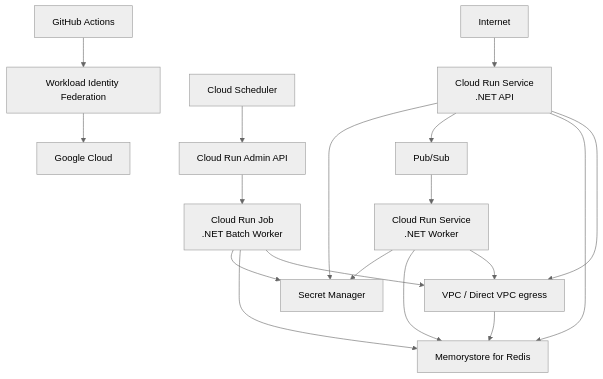
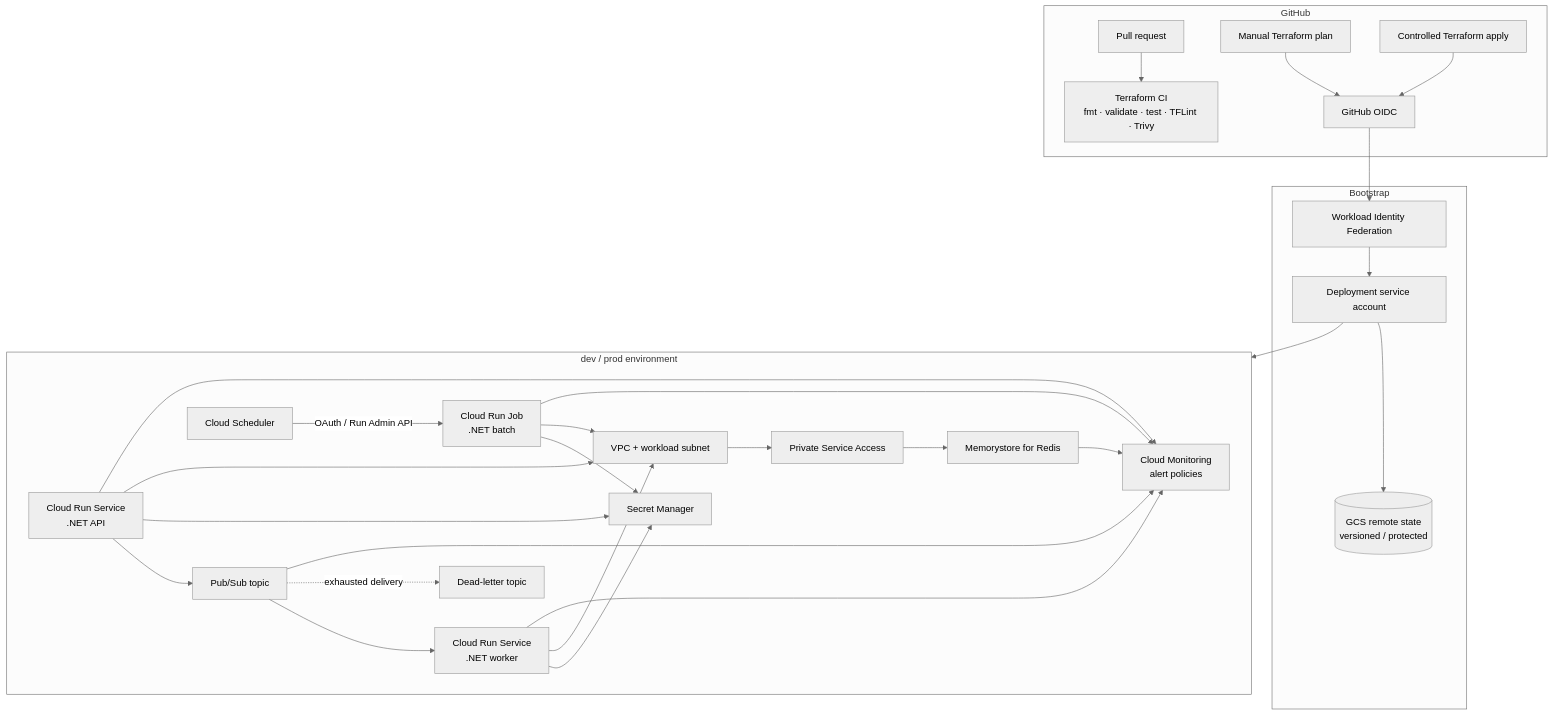
One commit to rodri-oliveira-dev/terraform-gcp-dotnet-blueprint changed the diagram in README.md. Above: the diagram before and after it, drawn with Mermaid (neutral theme). The commit also changed other lines of this file and 8 other files, not shown here.

````diff
--- a/README.md
+++ b/README.md
@@ -26,24 +29,56 @@
 ```mermaid
-flowchart TD
-    Internet[Internet] --> API[Cloud Run Service\n.NET API]
-    API --> Secrets[Secret Manager]
-    API --> PubSub[Pub/Sub]
-    API --> Redis[Memorystore for Redis]
+flowchart TB
+    subgraph GitHub[GitHub]
+        PR[Pull request]
+        CI[Terraform CI\nfmt · validate · test · TFLint · Trivy]
+        PLAN[Manual Terraform plan]
+        APPLY[Controlled Terraform apply]
+        OIDC[GitHub OIDC]
+    end
 
-    PubSub --> Worker[Cloud Run Service\n.NET Worker]
-    Worker --> Secrets
-    Worker --> Redis
+    subgraph Bootstrap[Bootstrap]
+        STATE[(GCS remote state\nversioned / protected)]
+        WIF[Workload Identity Federation]
+        DEPLOYER[Deployment service account]
+    end
 
-    Scheduler[Cloud Scheduler] --> JobAPI[Cloud Run Admin API]
-    JobAPI --> Batch[Cloud Run Job\n.NET Batch Worker]
-    Batch --> Secrets
-    Batch --> Redis
+    subgraph Environment[dev / prod environment]
+        API[Cloud Run Service\n.NET API]
+        TOPIC[Pub/Sub topic]
+        WORKER[Cloud Run Service\n.NET worker]
+        DLQ[Dead-letter topic]
+        SCHED[Cloud Scheduler]
+        JOB[Cloud Run Job\n.NET batch]
+        SECRETS[Secret Manager]
+        VPC[VPC + workload subnet]
+        PSA[Private Service Access]
+        REDIS[Memorystore for Redis]
+        MON[Cloud Monitoring\nalert policies]
+    end
 
-    API --> VPC[VPC / Direct VPC egress]
-    Worker --> VPC
-    Batch --> VPC
-    VPC --> Redis
+    PR --> CI
+    PLAN --> OIDC
+    APPLY --> OIDC
+    OIDC --> WIF --> DEPLOYER
+    DEPLOYER --> STATE
+    DEPLOYER --> Environment
 
-    GitHub[GitHub Actions] --> WIF[Workload Identity Federation]
-    WIF --> GCP[Google Cloud]
+    API --> TOPIC --> WORKER
+    TOPIC -. exhausted delivery .-> DLQ
+    SCHED -->|OAuth / Run Admin API| JOB
+
+    API --> SECRETS
+    WORKER --> SECRETS
+    JOB --> SECRETS
+
+    API --> VPC
+    WORKER --> VPC
+    JOB --> VPC
+    VPC --> PSA --> REDIS
+
+    API --> MON
+    WORKER --> MON
+    TOPIC --> MON
+    JOB --> MON
+    REDIS --> MON
 ```
````
